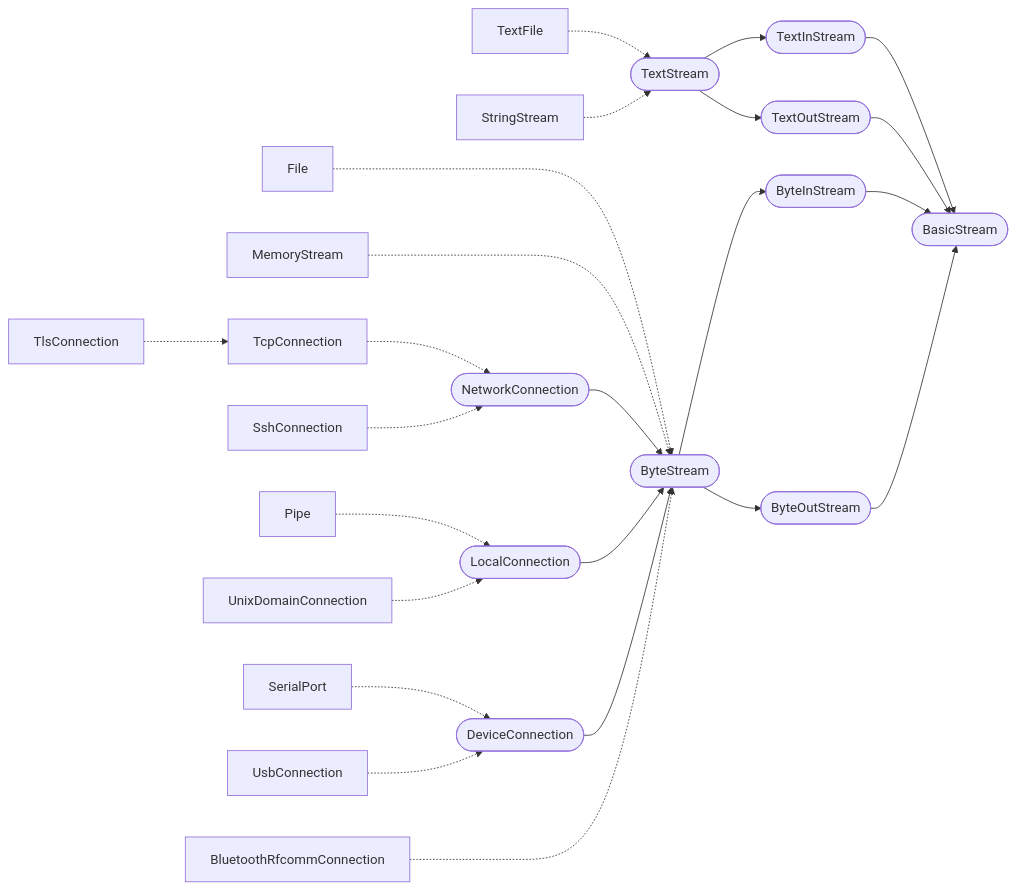
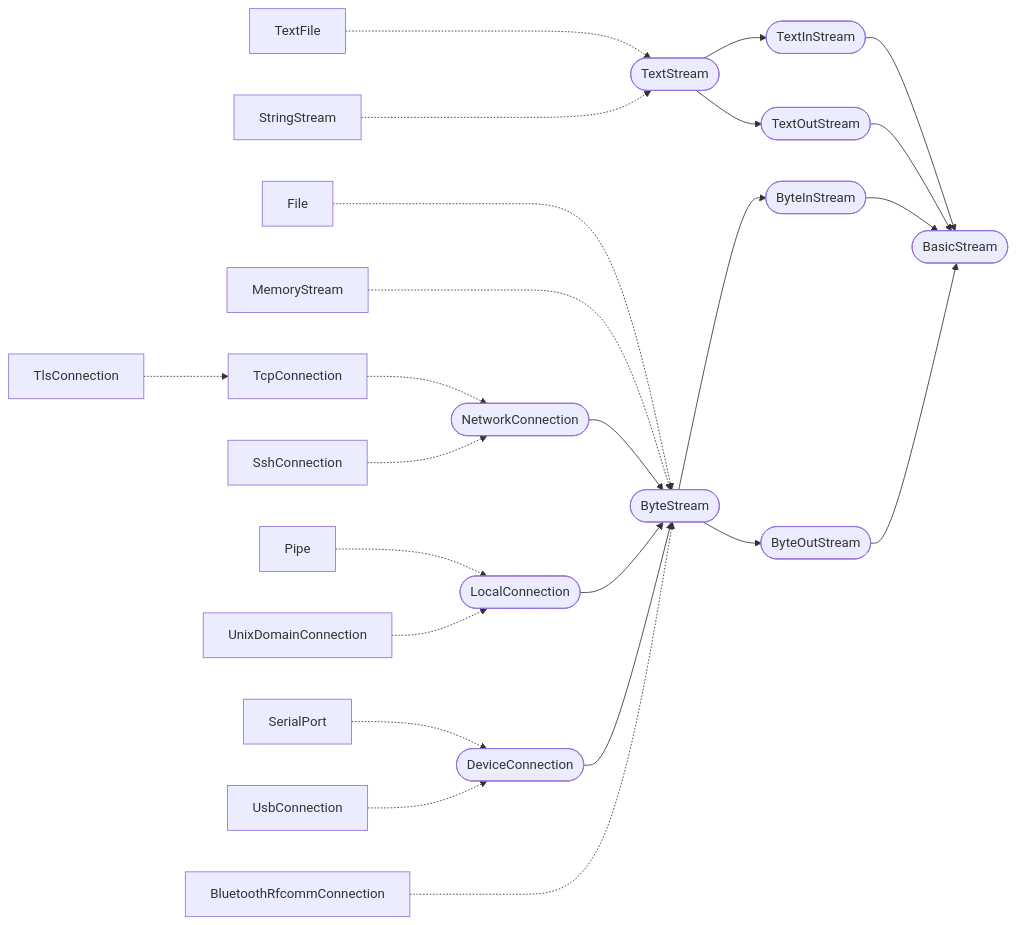
One commit to laro/Cilia changed the diagram in 2 Standard Lib/6 Stream, File & CLI.md. Above: the diagram before and after it, drawn with Mermaid.

Commit message:
Update 6 Stream, File & CLI.md

````diff
--- a/2 Standard Lib/6 Stream, File & CLI.md
+++ b/2 Standard Lib/6 Stream, File & CLI.md
@@ -270,61 +270,61 @@
 ```mermaid
 flowchart LR
     BasicStream([BasicStream])
 
     TextStream([TextStream])
     TextInStream([TextInStream])
     TextOutStream([TextOutStream])
 
     TextFile[TextFile]
     StringStream[StringStream]
 
     ByteStream([ByteStream])
     ByteInStream([ByteInStream])
     ByteOutStream([ByteOutStream])
     
     File[File]
     MemoryStream[MemoryStream]
     NetworkConnection([NetworkConnection])
     TcpConnection[TcpConnection]
     TlsConnection[TlsConnection]
     SshConnection[SshConnection]
     LocalConnection([LocalConnection])
     Pipe[Pipe]
     UnixDomainConnection[UnixDomainConnection]
     DeviceConnection([DeviceConnection])
     SerialPort[SerialPort]
     UsbConnection[UsbConnection]
     BluetoothRfcommConnection[BluetoothRfcommConnection]
     
-    TextFile -.-> TextStream
-    StringStream -.-> TextStream
+    TextFile -..-> TextStream
+    StringStream -..-> TextStream
 
     TextStream --> TextInStream
     TextStream --> TextOutStream
 
     TextInStream --> BasicStream
     TextOutStream --> BasicStream
 
     File -..-> ByteStream
     MemoryStream -..-> ByteStream
     NetworkConnection --> ByteStream
     LocalConnection --> ByteStream
     DeviceConnection --> ByteStream
     BluetoothRfcommConnection -..-> ByteStream
     
     TcpConnection -.-> NetworkConnection
     TlsConnection -.-> TcpConnection
     SshConnection -.-> NetworkConnection
     
     Pipe -.-> LocalConnection
     UnixDomainConnection -.-> LocalConnection
     
     SerialPort -.-> DeviceConnection
     UsbConnection -.-> DeviceConnection
     
     ByteStream --> ByteInStream
     ByteStream --> ByteOutStream
 
     ByteInStream --> BasicStream
     ByteOutStream --> BasicStream
 ```
````
